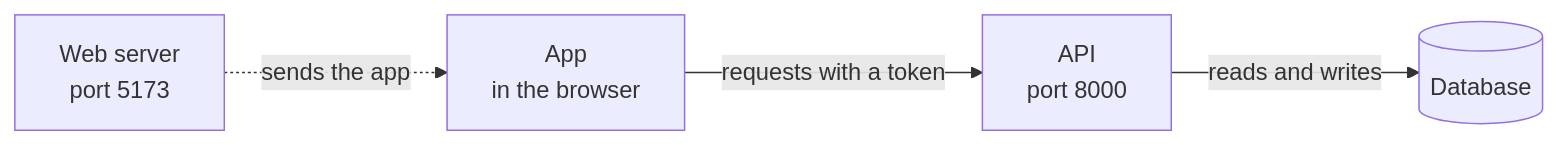
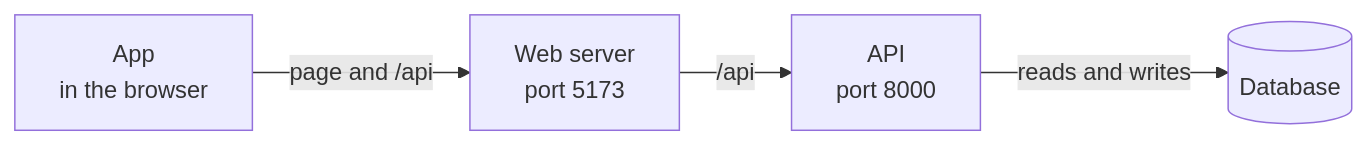
Before and after one commit to Matus1232/car-fleet-: the first of 3 diagrams in README.en.md, drawn with Mermaid. The commit also changed other lines of this file and 36 other files, not shown here.

````diff
--- a/README.en.md
+++ b/README.en.md
@@ -82,6 +94,6 @@
 ```mermaid
 flowchart LR
-    W["Web server<br>port 5173"] -. "sends the app" .-> F["App<br>in the browser"]
-    F -- "requests with a token" --> A["API<br>port 8000"]
+    F["App<br>in the browser"] -- "page and /api" --> W["Web server<br>port 5173"]
+    W -- "/api" --> A["API<br>port 8000"]
     A -- "reads and writes" --> D[("Database")]
 ```
````
